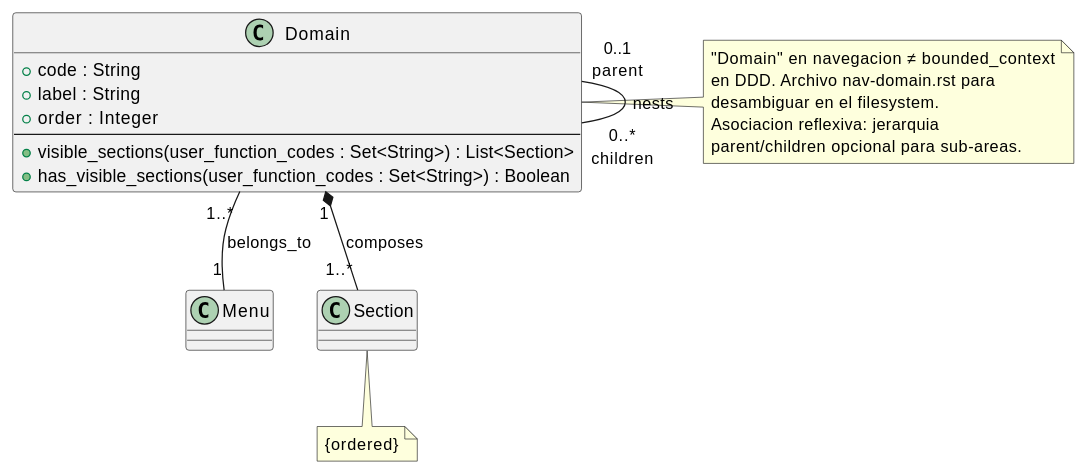
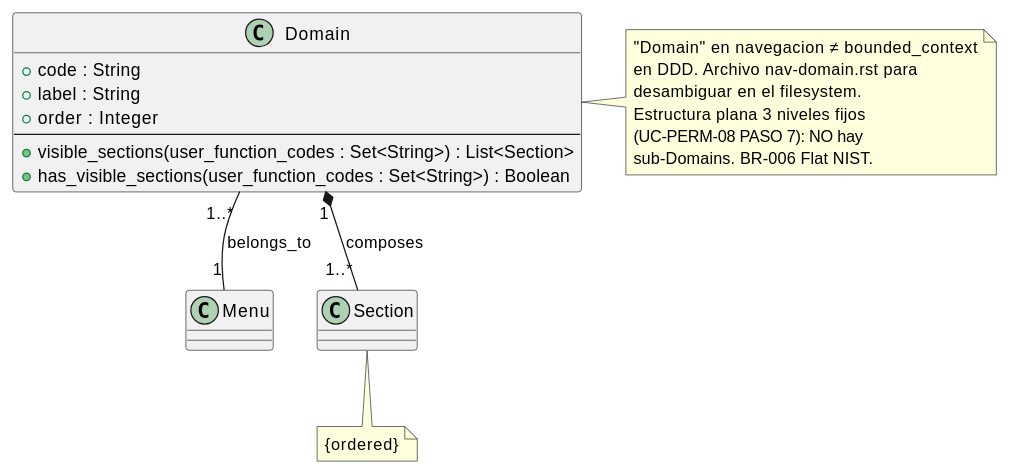
One commit to jcg-admin/IACT-docs changed the diagram in source/arquitectura-tecnica/domain-model/nav-domain.rst. Above: the diagram before and after it, drawn with PlantUML. The commit also changed 3 other files, not shown here.

First line of the commit message:
Close RBAC pendings: revert NavDomain reflexive (RBAC is flat)

```diff
--- a/source/arquitectura-tecnica/domain-model/nav-domain.rst
+++ b/source/arquitectura-tecnica/domain-model/nav-domain.rst
@@ -30,36 +30,35 @@
 .. uml::
  :caption: Clase Domain (nav) — raíz de la jerarquía de
            navegación del menú.
 
  @startuml
 
  class Domain {
    + code : String
    + label : String
    + order : Integer
    --
    + visible_sections(user_function_codes : Set<String>) : List<Section>
    + has_visible_sections(user_function_codes : Set<String>) : Boolean
  }
 
  class Menu
  class Section
 
  Domain "1..*" -- "1" Menu : belongs_to
  Domain "1" *-- "1..*" Section : composes
 
- Domain "0..1\nparent" -- "0..*\nchildren" Domain : nests
-
  note bottom of Section
    {ordered}
  end note
 
  note right of Domain
    "Domain" en navegacion ≠ bounded_context
    en DDD. Archivo nav-domain.rst para
    desambiguar en el filesystem.
-   Asociacion reflexiva: jerarquia
-   parent/children opcional para sub-areas.
+   Estructura plana 3 niveles fijos
+   (UC-PERM-08 PASO 7): NO hay
+   sub-Domains. BR-006 Flat NIST.
  end note
 
  @enduml
```
